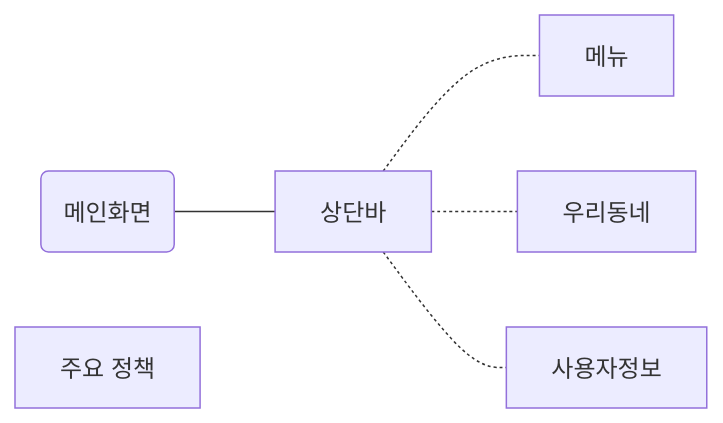
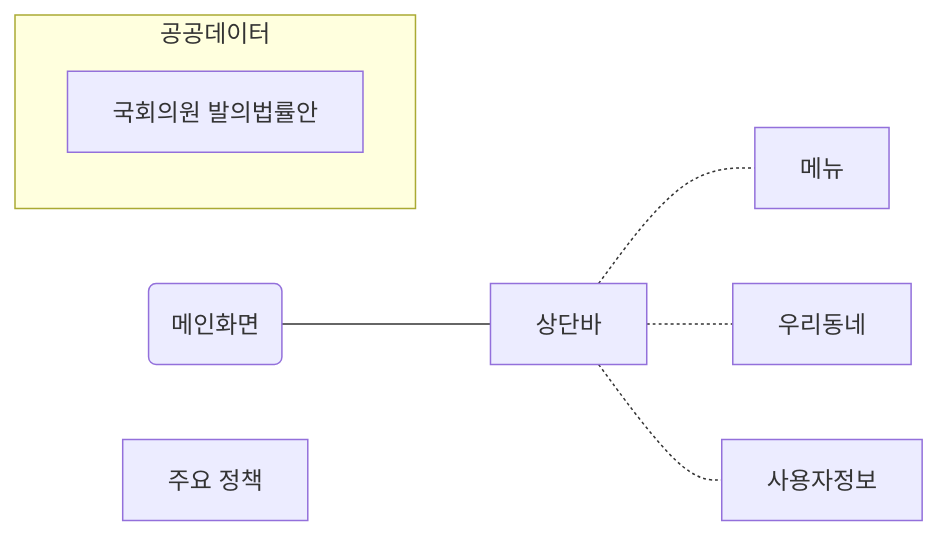
The diagram in public/flow.md (asiaticblackbear/daily-next), drawn with Mermaid before and after one commit.

Commit message:
layout structure

`````diff
--- a/public/flow.md
+++ b/public/flow.md
@@ -3,17 +3,21 @@
 ````mermaid
 flowchart LR
 
 home(메인화면)
 
 appbar[상단바]
 appbarFn1[메뉴]
 appbarFn2[우리동네]
 appbarFn3[사용자정보]
         
 advertise[주요 정책]
 
 home---appbar-.-appbarFn1
 appbar-.-appbarFn2
 appbar-.-appbarFn3
 
+subgraph "공공데이터"
+    data1[국회의원 발의법률안]
+        
+end
 ````
`````
